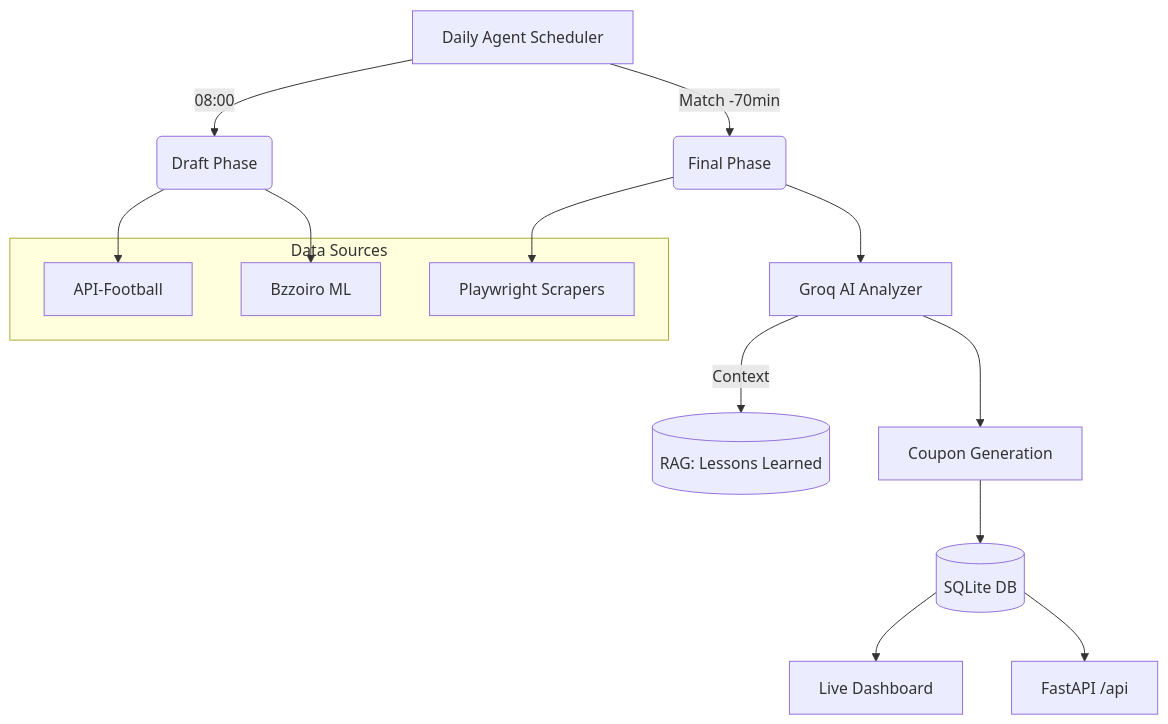
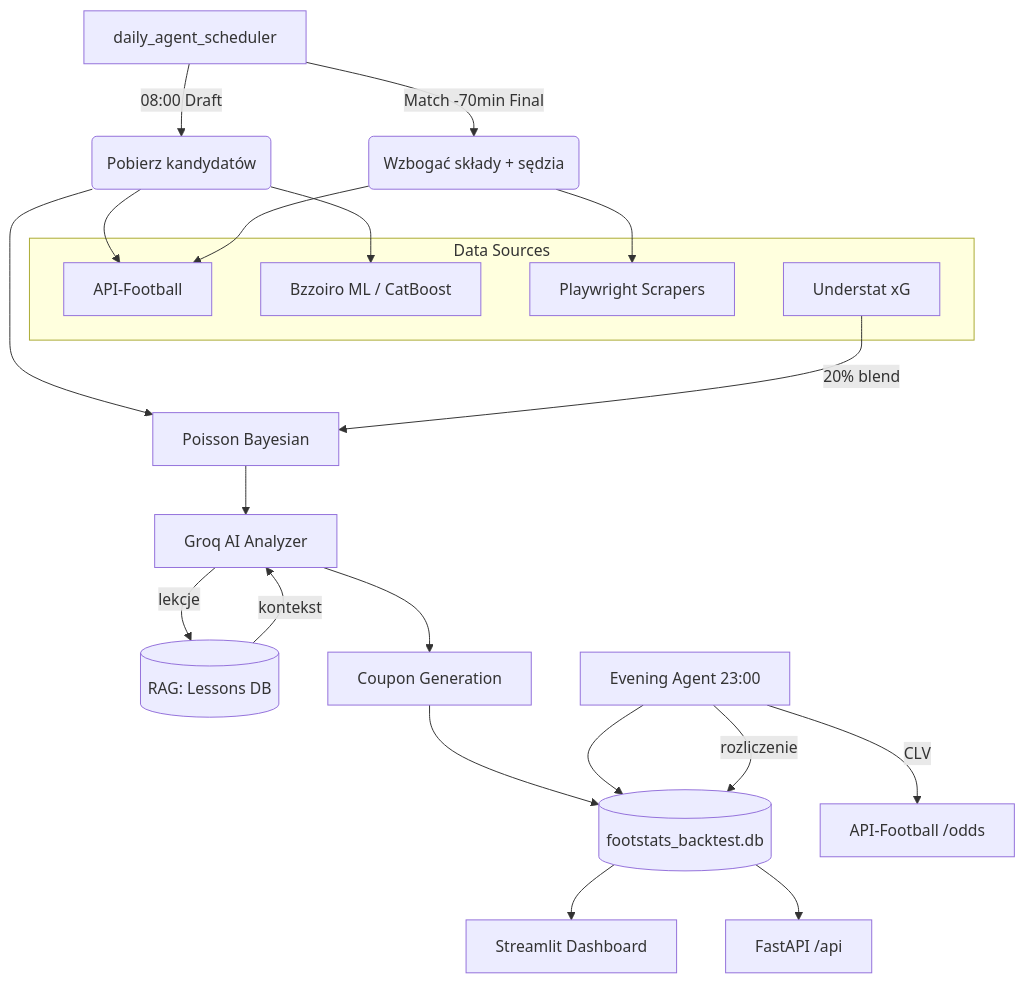
Before and after one commit to Gwiazdka09/Footstats: the diagram in README.md, drawn with Mermaid. The commit also changed other lines of this file, not shown here.

First line of the commit message:
docs: update README to v3.4 — reflect Phase 7/9/10 work

````diff
--- a/README.md
+++ b/README.md
@@ -26,24 +32,31 @@
 ```mermaid
 graph TD
-    A[Daily Agent Scheduler] -->|08:00| B(Draft Phase)
-    A -->|Match -70min| C(Final Phase)
-    
+    A[daily_agent_scheduler] -->|08:00 Draft| B(Pobierz kandydatów)
+    A -->|Match -70min Final| C(Wzbogać składy + sędzia)
+
     subgraph "Data Sources"
         D[API-Football]
-        E[Bzzoiro ML]
+        E[Bzzoiro ML / CatBoost]
         F[Playwright Scrapers]
+        G[Understat xG]
     end
-    
-    B --> D
-    B --> E
-    
-    C --> F
-    C --> G[Groq AI Analyzer]
-    
-    G -->|Context| H[(RAG: Lessons Learned)]
-    G --> I[Coupon Generation]
-    
-    I --> J[(SQLite DB)]
-    J --> K[Live Dashboard]
-    J --> L[FastAPI /api]
+
+    B --> D & E
+    C --> F & D
+
+    B --> H[Poisson Bayesian]
+    G -->|20% blend| H
+    H --> I[Groq AI Analyzer]
+
+    I -->|lekcje| J[(RAG: Lessons DB)]
+    J -->|kontekst| I
+    I --> K[Coupon Generation]
+
+    K --> L[(footstats_backtest.db)]
+    L --> M[Streamlit Dashboard]
+    L --> N[FastAPI /api]
+
+    O[Evening Agent 23:00] --> L
+    O -->|CLV| P[API-Football /odds]
+    O -->|rozliczenie| L
 ```
````
